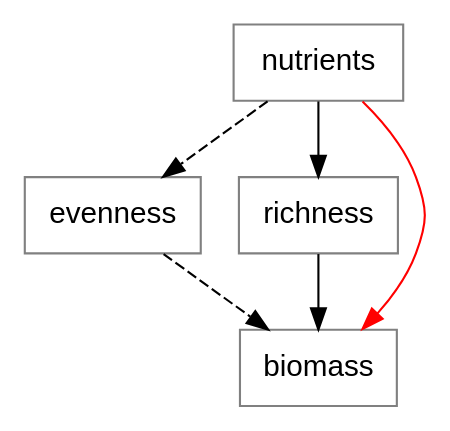
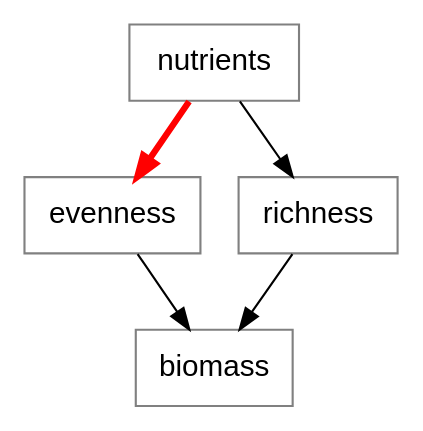
One commit to pennekampster/Swiss_SEM changed diagram 12 of 18 in 5_Slides/Intro_to_SEM_part2.qmd. Above: the diagram before and after it, drawn with Graphviz. The commit also changed other lines of this file, not shown here.

````diff
--- a/5_Slides/Intro_to_SEM_part2.qmd
+++ b/5_Slides/Intro_to_SEM_part2.qmd
@@ -626,25 +569,25 @@
 ```{dot}
 //| fig-width: 5
 digraph  {
 
    # a 'graph' statement
   graph [overlap = false, fontsize = 10, rankdir = TB, ranksep=.5]
 
   # several 'node' statements
   node [shape = box,
         fontname = Helvetica, color="gray"]
   
         evenness, richness;
         nutrients;
 
     nutrients->richness;
-    nutrients -> evenness [style="dashed"];
-    nutrients -> biomass [color="red"];
+    nutrients -> evenness [penwidth=3, color="red"];
+   # nutrients -> biomass [color="red"];
 
-    evenness-> biomass [style="dashed"];
+    evenness-> biomass
     richness->biomass;
 
   
  #{ rank="same"; precipitation, nutrients, disturbance}
 }
 ```
````
